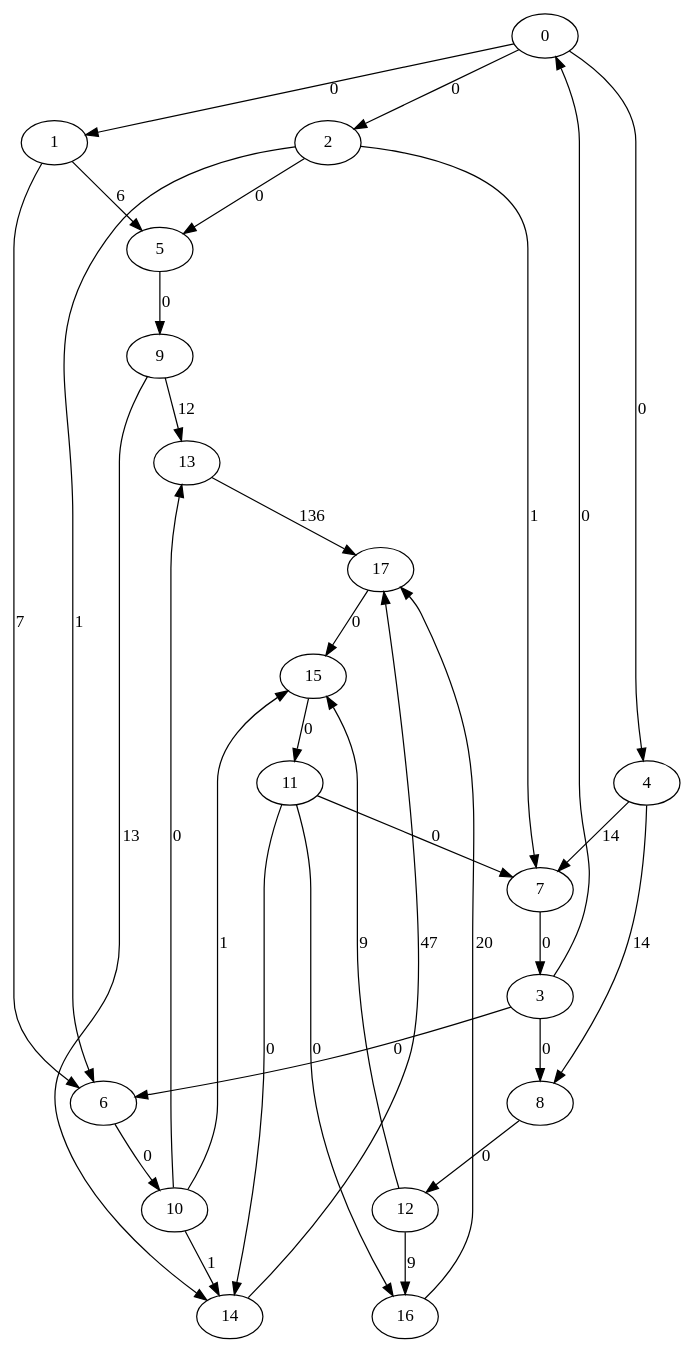
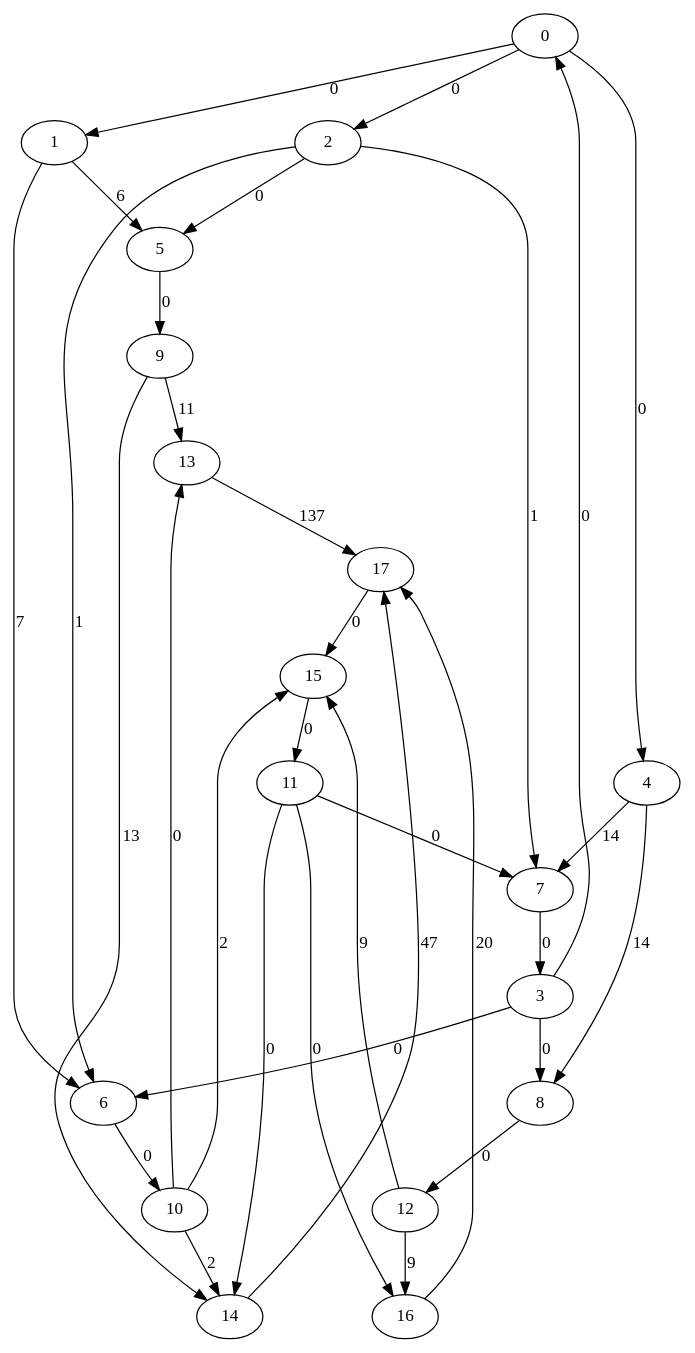
Before and after one commit to Jaxcrocsblancs/PixelMart: the diagram in testinvers.dot, drawn with Graphviz. The commit also changed 3 other files, not shown here.

```diff
--- a/testinvers.dot
+++ b/testinvers.dot
@@ -1,34 +1,34 @@
 digraph G{
 0->1[label="0"];
 0->2[label="0"];
 0->4[label="0"];
 1->5[label="6"];
 1->6[label="7"];
 2->6[label="1"];
 2->5[label="0"];
 2->7[label="1"];
 3->0[label="0"];
 3->6[label="0"];
 3->8[label="0"];
 4->8[label="14"];
 4->7[label="14"];
 5->9[label="0"];
 6->10[label="0"];
 7->3[label="0"];
 8->12[label="0"];
-9->13[label="12"];
+9->13[label="11"];
 9->14[label="13"];
-10->14[label="1"];
+10->14[label="2"];
 10->13[label="0"];
-10->15[label="1"];
+10->15[label="2"];
 11->7[label="0"];
 11->14[label="0"];
 11->16[label="0"];
 12->16[label="9"];
 12->15[label="9"];
-13->17[label="136"];
+13->17[label="137"];
 14->17[label="47"];
 15->11[label="0"];
 16->17[label="20"];
 17->15[label="0"];
 }
```
